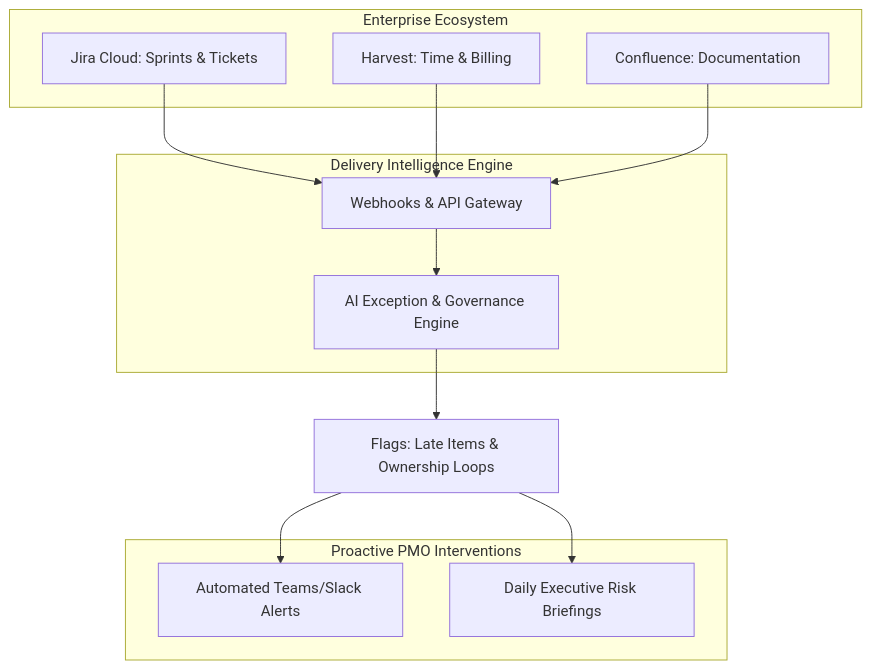
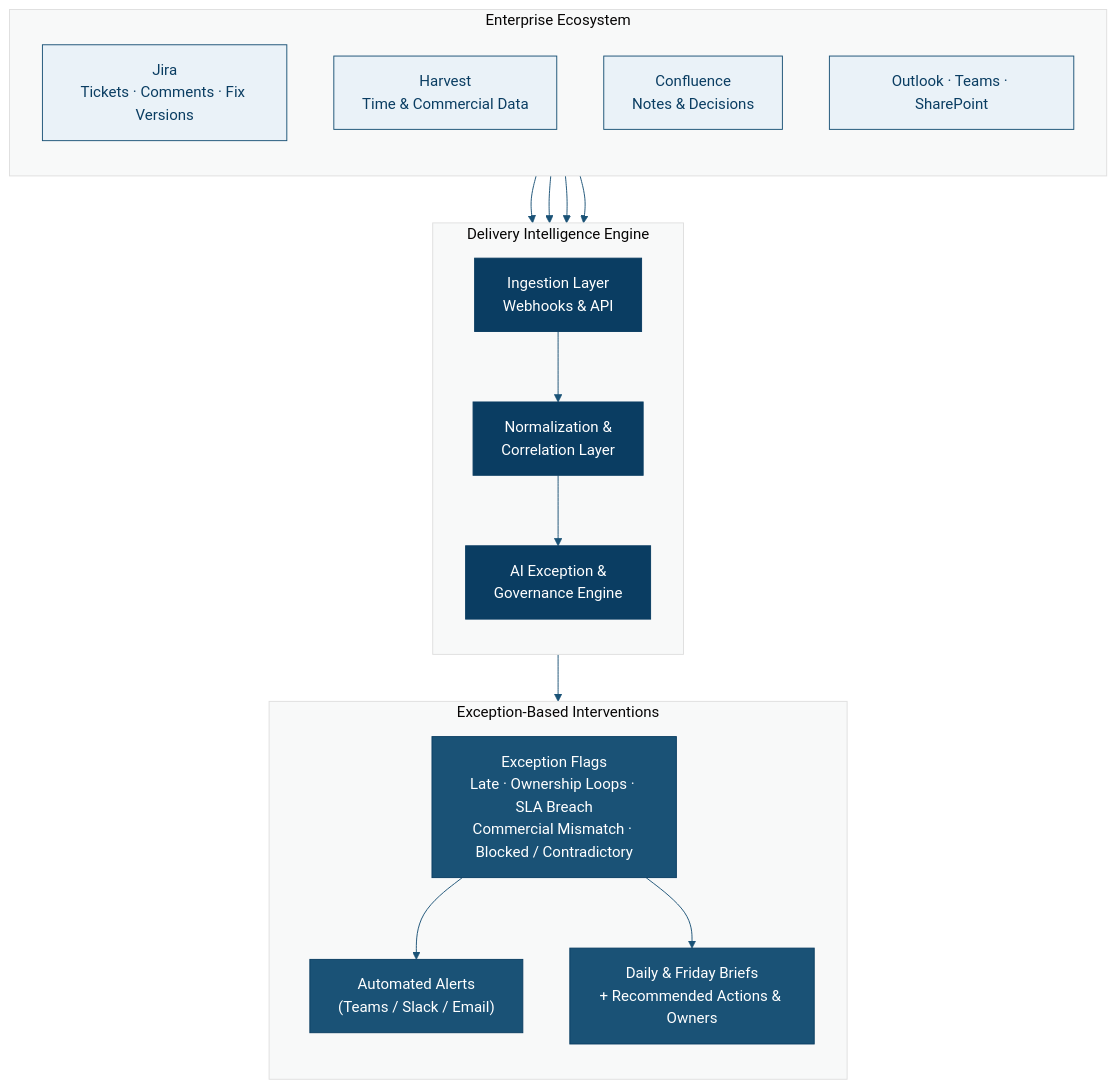
One commit to snigdharashmi/product-leadership-portfolio-sr changed the diagram in Assets/architecture-flow.mmd. Above: the diagram before and after it, drawn with Mermaid.

```diff
--- a/Assets/architecture-flow.mmd
+++ b/Assets/architecture-flow.mmd
@@ -1,28 +1,40 @@
+%%{init: {'theme': 'base', 'themeVariables': { 'primaryColor': '#0A3D62', 'primaryTextColor': '#ffffff', 'primaryBorderColor': '#1A5276', 'lineColor': '#1A5276', 'secondaryColor': '#D6EAF8', 'tertiaryColor': '#F8F9F9'}}}%%
 graph TD
-    %% Styling and Graph Direction (Top Down)
-    subgraph Data Sources [Enterprise Ecosystem]
-        Jira[Jira Cloud: Sprints & Tickets]
-        Harvest[Harvest: Time & Billing]
-        Confluence[Confluence: Documentation]
+    subgraph Sources["Enterprise Ecosystem"]
+        direction TB
+        Jira["Jira<br/>Tickets · Comments · Fix Versions"]
+        Harvest["Harvest<br/>Time & Commercial Data"]
+        Confluence["Confluence<br/>Notes & Decisions"]
+        M365["Outlook · Teams · SharePoint"]
     end
 
-    subgraph Processing Layer [Delivery Intelligence Engine]
-        API[Webhooks & API Gateway]
-        Engine[AI Exception & Governance Engine]
+    subgraph Processing["Delivery Intelligence Engine"]
+        direction TB
+        Ingest["Ingestion Layer<br/>Webhooks & API"]
+        Correlate["Normalization &<br/>Correlation Layer"]
+        Engine["AI Exception &<br/>Governance Engine"]
     end
 
-    subgraph Outputs [Proactive PMO Interventions]
-        Alerts[Automated Teams/Slack Alerts]
-        Briefings[Daily Executive Risk Briefings]
+    subgraph Outputs["Exception-Based Interventions"]
+        direction TB
+        Flags["Exception Flags<br/>Late · Ownership Loops · SLA Breach<br/>Commercial Mismatch · Blocked / Contradictory"]
+        Alerts["Automated Alerts<br/>(Teams / Slack / Email)"]
+        Brief["Daily & Friday Briefs<br/>+ Recommended Actions & Owners"]
     end
 
-    %% Define Flow Connections
-    Jira --> API
-    Harvest --> API
-    Confluence --> API
+    Jira --> Ingest
+    Harvest --> Ingest
+    Confluence --> Ingest
+    M365 --> Ingest
 
-    API --> Engine
-    Engine --> Flags[Flags: Late Items & Ownership Loops]
-    
+    Ingest --> Correlate --> Engine --> Flags
     Flags --> Alerts
-    Flags --> Briefings
+    Flags --> Brief
+
+    classDef source fill:#EAF2F8,stroke:#1A5276,stroke-width:1px,color:#0A3D62
+    classDef process fill:#0A3D62,stroke:#0A3D62,color:#ffffff
+    classDef output fill:#1A5276,stroke:#0A3D62,color:#ffffff
+
+    class Jira,Harvest,Confluence,M365 source
+    class Ingest,Correlate,Engine process
+    class Flags,Alerts,Brief output
```
